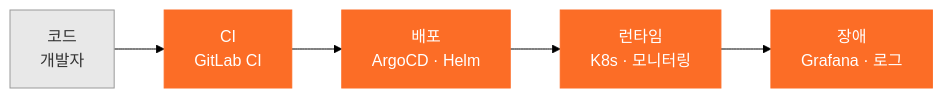
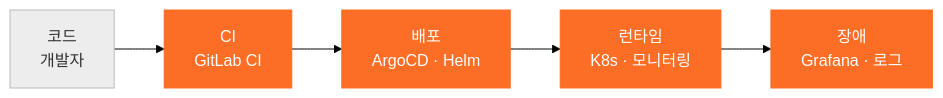
Before and after one commit to smshack/smshack: the diagram in README.md, drawn with Mermaid (forest theme). The commit also changed other lines of this file, not shown here.

````diff
--- a/README.md
+++ b/README.md
@@ -22,9 +32,9 @@
 ```mermaid
 flowchart LR
     A["코드<br/>개발자"] --> B["CI<br/>GitLab CI"] --> C["배포<br/>ArgoCD · Helm"] --> D["런타임<br/>K8s · 모니터링"] --> E["장애<br/>Grafana · 로그"]
-    style A fill:#e8e8e8,stroke:#999,color:#333
-    style B fill:#FC6D26,stroke:#FC6D26,color:#fff
-    style C fill:#FC6D26,stroke:#FC6D26,color:#fff
-    style D fill:#FC6D26,stroke:#FC6D26,color:#fff
-    style E fill:#FC6D26,stroke:#FC6D26,color:#fff
+    style A fill:#EDEDED,stroke:#BBBBBB,color:#333333
+    style B fill:#FC6D26,stroke:#FC6D26,color:#FFFFFF
+    style C fill:#FC6D26,stroke:#FC6D26,color:#FFFFFF
+    style D fill:#FC6D26,stroke:#FC6D26,color:#FFFFFF
+    style E fill:#FC6D26,stroke:#FC6D26,color:#FFFFFF
 ```
````
